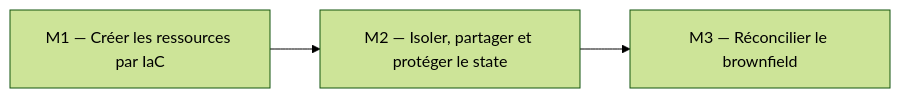
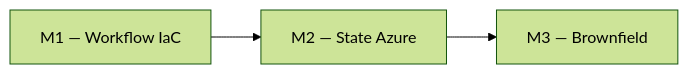
The first of 5 diagrams in courses/day-01/module-02-state-management/course.md (msellamiTN/Snowflake-terraform), drawn with Mermaid (forest theme) before and after one commit. The commit also changed other lines of this file and 14 other files, not shown here.

````diff
--- a/courses/day-01/module-02-state-management/course.md
+++ b/courses/day-01/module-02-state-management/course.md
@@ -28,5 +9,5 @@
 ```mermaid
 flowchart LR
-    M1["M1 — Créer les ressources par IaC"] --> M2["M2 — Isoler, partager et protéger le state"]
-    M2 --> M3["M3 — Réconcilier le brownfield"]
+    M1[M1 — Workflow IaC] --> M2[M2 — State Azure]
+    M2 --> M3[M3 — Brownfield]
 ```
````
